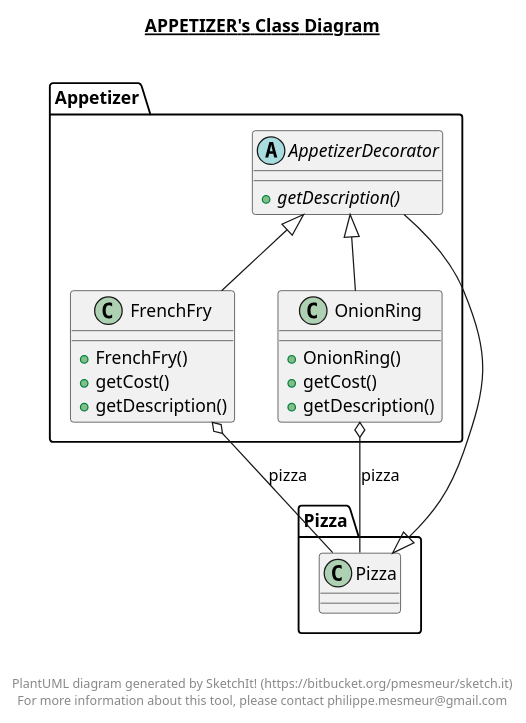
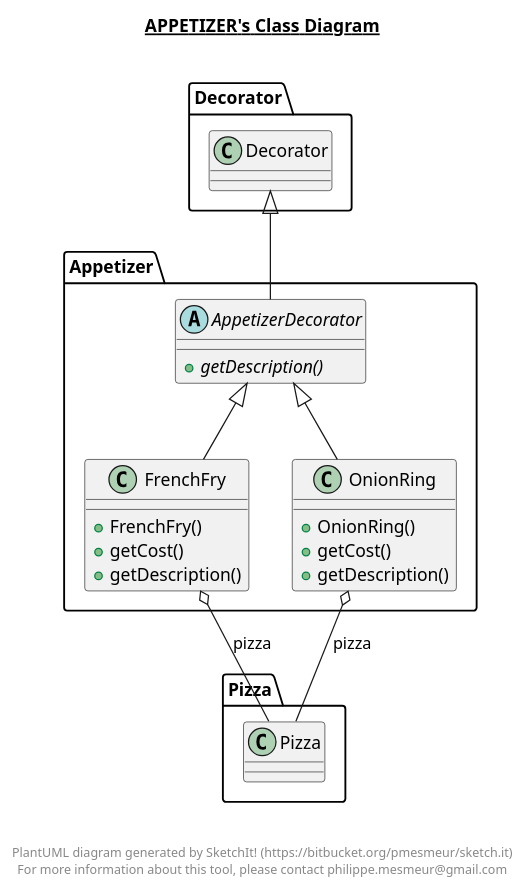
Before and after one commit to zarif98sjs/CSE-308-Software-Engineering: the diagram in Offline 3/Problem 2/src/Appetizer/Appetizer.plantuml, drawn with PlantUML. The commit also changed 16 other files, not shown here.

```diff
--- a/Offline 3/Problem 2/src/Appetizer/Appetizer.plantuml
+++ b/Offline 3/Problem 2/src/Appetizer/Appetizer.plantuml
@@ -1,44 +1,44 @@
 @startuml
 
 title __APPETIZER's Class Diagram__\n
 
   namespace Appetizer {
     abstract class Appetizer.AppetizerDecorator {
         {abstract} + getDescription()
     }
   }
   
 
   namespace Appetizer {
     class Appetizer.FrenchFry {
         + FrenchFry()
         + getCost()
         + getDescription()
     }
   }
   
 
   namespace Appetizer {
     class Appetizer.OnionRing {
         + OnionRing()
         + getCost()
         + getDescription()
     }
   }
   
 
-  Appetizer.AppetizerDecorator -up-|> Pizza.Pizza
+  Appetizer.AppetizerDecorator -up-|> Decorator.Decorator
   Appetizer.FrenchFry -up-|> Appetizer.AppetizerDecorator
   Appetizer.FrenchFry o-- Pizza.Pizza : pizza
   Appetizer.OnionRing -up-|> Appetizer.AppetizerDecorator
   Appetizer.OnionRing o-- Pizza.Pizza : pizza
 
 
 right footer
 
 
 PlantUML diagram generated by SketchIt! (https://bitbucket.org/pmesmeur/sketch.it)
 For more information about this tool, please contact philippe.mesmeur@gmail.com
 endfooter
 
 @enduml
```
